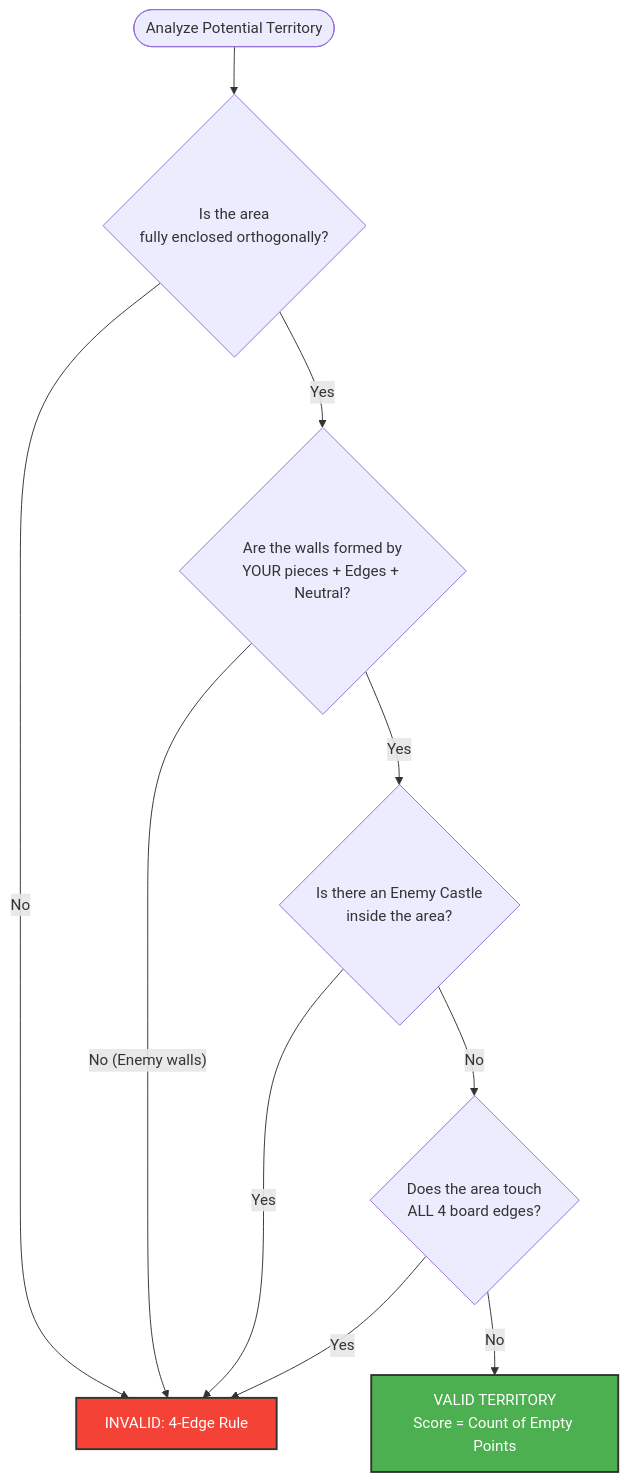
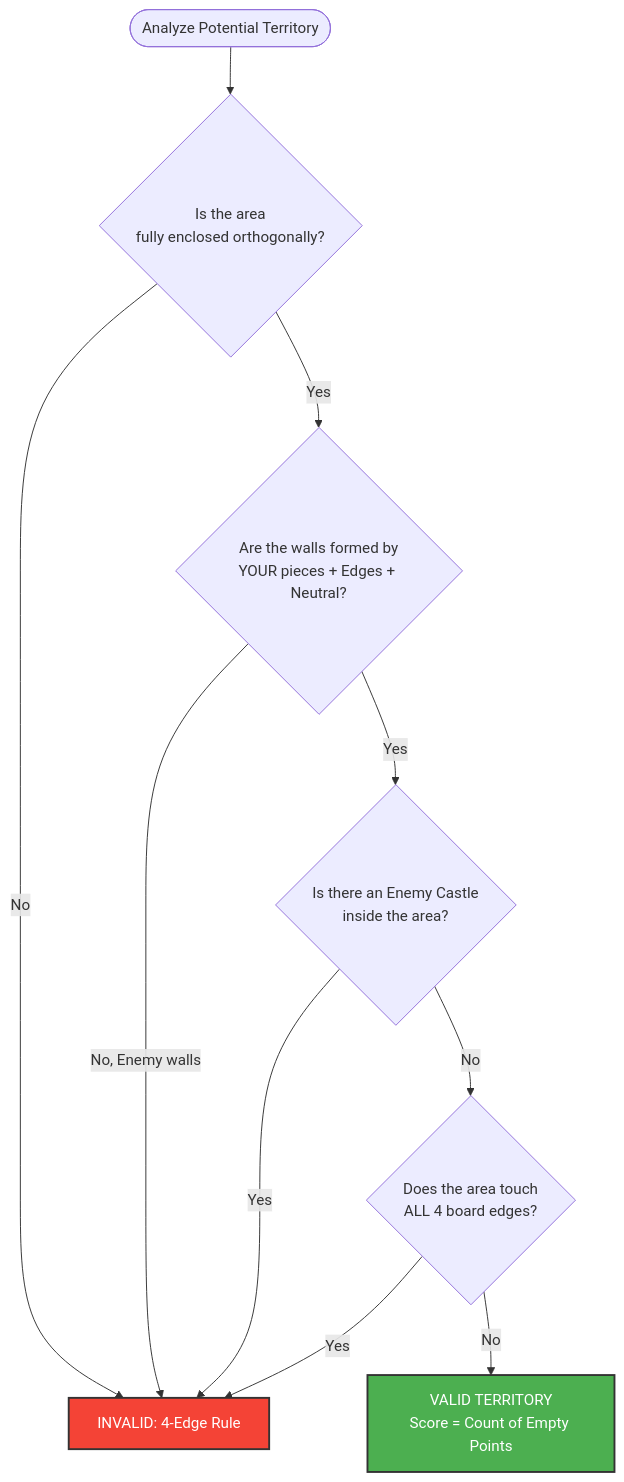
The second of 4 diagrams in Rules.md (cschladetsch/CsharpGreatKingdom), drawn with Mermaid before and after one commit. The commit also changed other lines of this file and 1 other file, not shown here.

````diff
--- a/Rules.md
+++ b/Rules.md
@@ -72,18 +80,18 @@
 ```mermaid
 graph TD
     Start([Analyze Potential Territory]) --> Q1{Is the area<br/>fully enclosed orthogonally?}
     Q1 -- No --> Invalid[INVALID: Open Gap]
     Q1 -- Yes --> Q2{Are the walls formed by<br/>YOUR pieces + Edges + Neutral?}
-    
-    Q2 -- No (Enemy walls) --> Invalid
+
+    Q2 -- No, Enemy walls --> Invalid
     Q2 -- Yes --> Q3{Is there an Enemy Castle<br/>inside the area?}
-    
+
     Q3 -- Yes --> Invalid[INVALID: Invaded]
     Q3 -- No --> Q4{Does the area touch<br/>ALL 4 board edges?}
-    
+
     Q4 -- Yes --> Invalid[INVALID: 4-Edge Rule]
     Q4 -- No --> Valid[VALID TERRITORY<br/>Score = Count of Empty Points]
-    
+
     style Valid fill:#4CAF50,stroke:#333,stroke-width:2px,color:white
     style Invalid fill:#F44336,stroke:#333,stroke-width:2px,color:white
 ```
````
